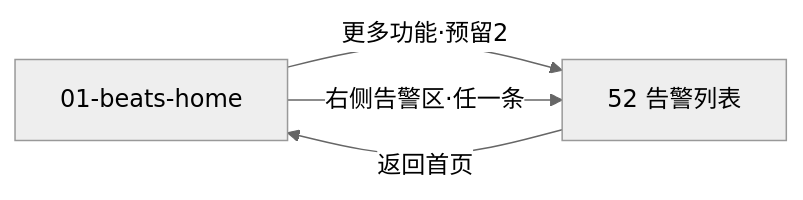
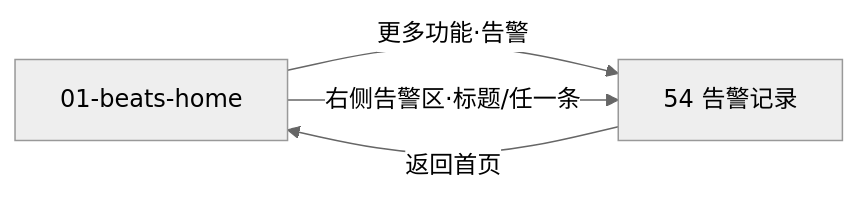
Before and after one commit to nicozhan/iot-android-screen: the fifth of 5 diagrams in 架构与页面逻辑.md, drawn with Mermaid (neutral theme). The commit also changed other lines of this file and 13 other files, not shown here.

````diff
--- a/架构与页面逻辑.md
+++ b/架构与页面逻辑.md
@@ -222,6 +222,6 @@
 ```mermaid
 graph LR
-  HOME[01-beats-home] -->|更多功能·预留2| A52[52 告警列表]
-  HOME -->|右侧告警区·任一条| A52
-  A52 -->|返回首页| HOME
+  HOME[01-beats-home] -->|更多功能·告警| A54[54 告警记录]
+  HOME -->|右侧告警区·标题/任一条| A54
+  A54 -->|返回首页| HOME
 ```
````
